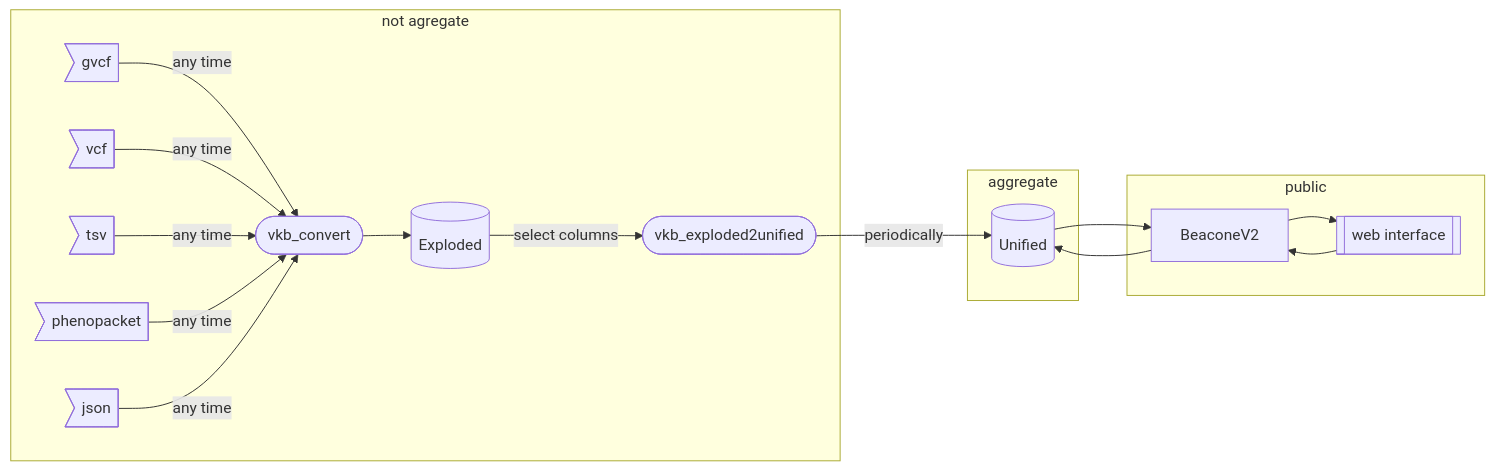
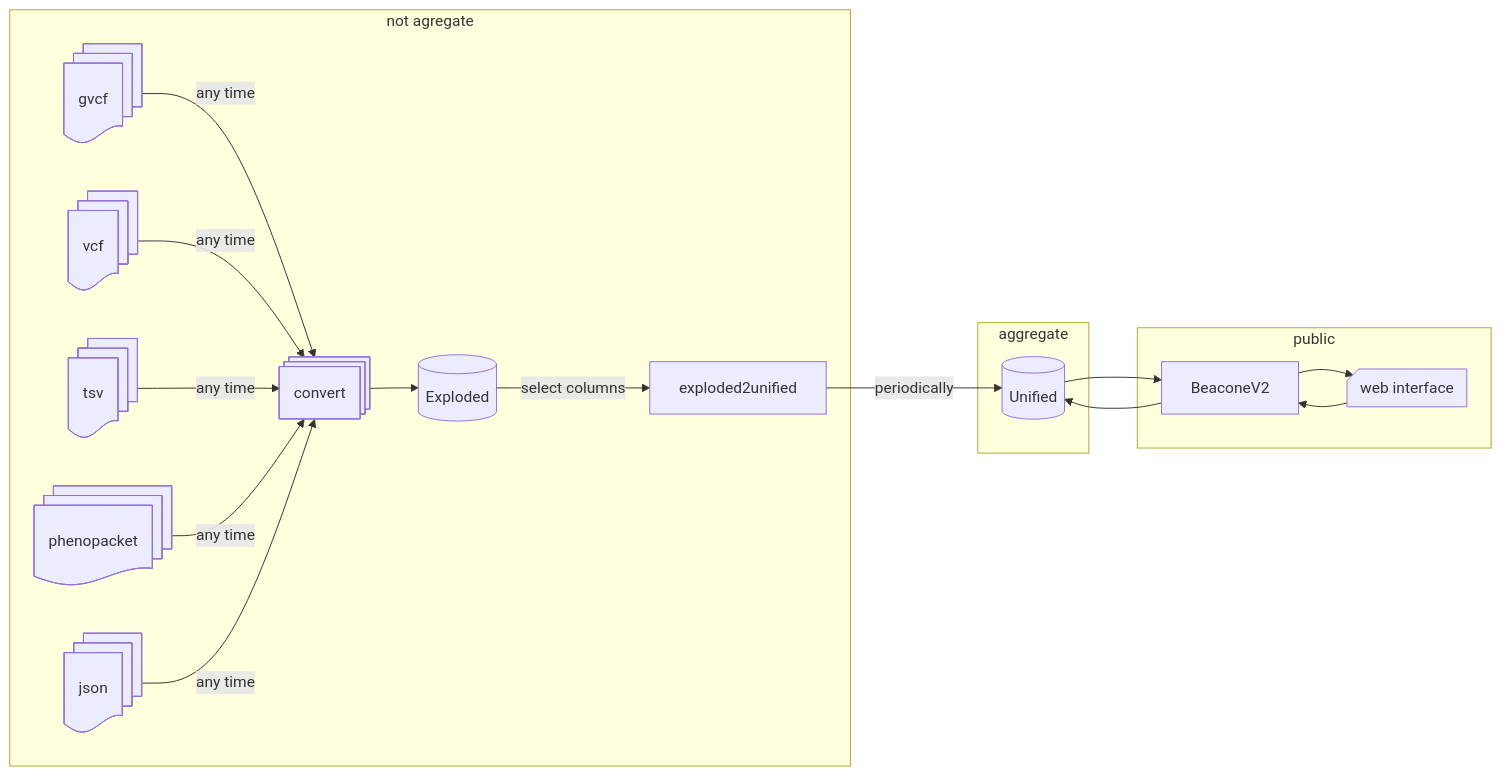
One commit to GenomeCAD/vkb changed the first of 2 diagrams in Readme.md. Above: the diagram before and after it, drawn with Mermaid. The commit also changed other lines of this file, not shown here.

Commit message:
feat: add information about vkb command

````diff
--- a/Readme.md
+++ b/Readme.md
@@ -9,40 +9,41 @@
 ```mermaid
 flowchart LR
     subgraph not agregate
-        Exploded[(Exploded)]
-        gvcf>gvcf]
-        vcf>vcf]
-        tsv>tsv]
-        phenopacket>phenopacket]
-        json>json]
-        vkb_convert([vkb_convert])
-        vkb_exploded2unified([vkb_exploded2unified])
+        Exploded@{shape: cyl, label: "Exploded"}
+        gvcf@{shape: docs, label: "gvcf"}
+        vcf@{shape: docs, label: "vcf"}
+        tsv@{shape: docs, label: "tsv"}
+        phenopacket@{shape: docs, label: "phenopacket"}
+        json@{shape: docs, label: "json"}
+
+        vkb_convert@{shape: st-rect, label: "convert"}
+        vkb_exploded2unified@{shape: rect, label: "exploded2unified"}
     end
 
     subgraph aggregate
-        Unified[(Unified)]
+        Unified@{shape: cyl, label: "Unified"}
     end
 
     subgraph public
         BeaconeV2[BeaconeV2]
-        web[[web interface]]
+        web@{shape: notch-rect, label: "web interface"}
     end
 
     gvcf -->|any time| vkb_convert
     vcf -->|any time| vkb_convert
     tsv -->|any time| vkb_convert
     phenopacket -->|any time| vkb_convert
     json -->|any time| vkb_convert
 
     vkb_convert --> Exploded
 
     Exploded -->|select columns| vkb_exploded2unified
 
     vkb_exploded2unified -->|periodically| Unified
 
     Unified --> BeaconeV2
     BeaconeV2 --> Unified
 
     BeaconeV2 --> web
     web --> BeaconeV2
 ```
````
